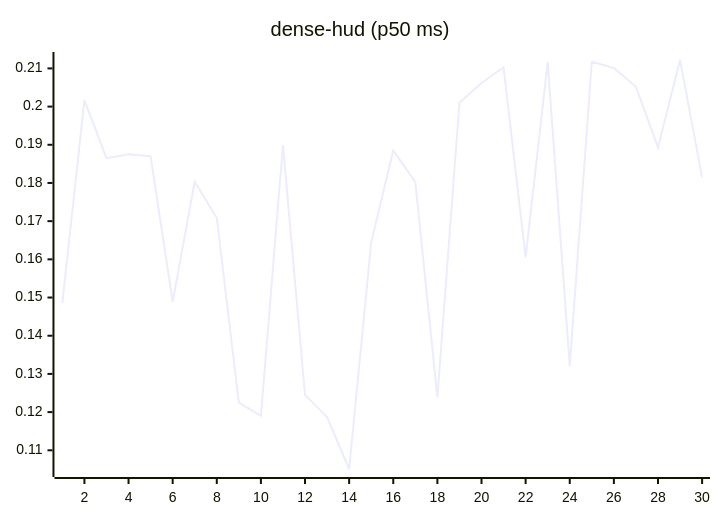
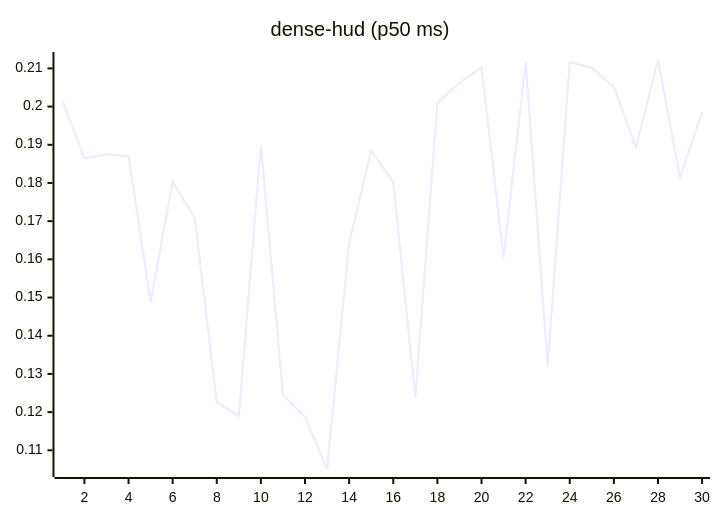
The eighth of 27 diagrams in README.md (josha/Facet), drawn with Mermaid before and after one commit. The commit also changed other lines of this file and 2 other files, not shown here.

````diff
--- a/README.md
+++ b/README.md
@@ -112,6 +112,6 @@
 ```mermaid
 xychart-beta
     title "dense-hud (p50 ms)"
     x-axis 1 --> 30
-    line [0.1486, 0.2017, 0.1865, 0.1875, 0.1870, 0.1489, 0.1803, 0.1709, 0.1225, 0.1190, 0.1899, 0.1245, 0.1187, 0.1051, 0.1644, 0.1885, 0.1802, 0.1239, 0.2010, 0.2062, 0.2103, 0.1605, 0.2117, 0.1321, 0.2117, 0.2101, 0.2052, 0.1893, 0.2122, 0.1815]
+    line [0.2017, 0.1865, 0.1875, 0.1870, 0.1489, 0.1803, 0.1709, 0.1225, 0.1190, 0.1899, 0.1245, 0.1187, 0.1051, 0.1644, 0.1885, 0.1802, 0.1239, 0.2010, 0.2062, 0.2103, 0.1605, 0.2117, 0.1321, 0.2117, 0.2101, 0.2052, 0.1893, 0.2122, 0.1815, 0.1986]
 ```
````
